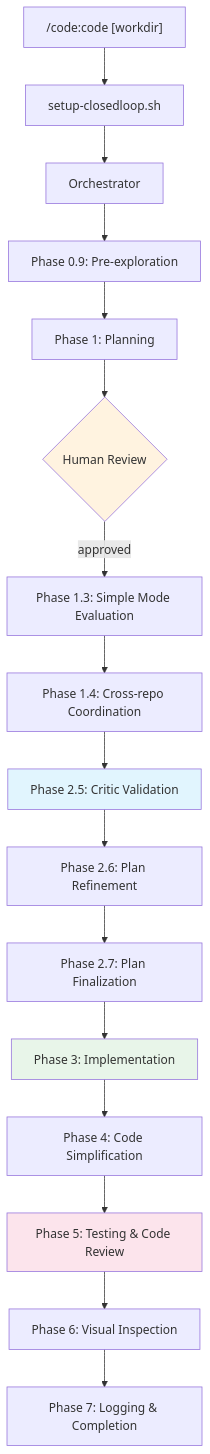
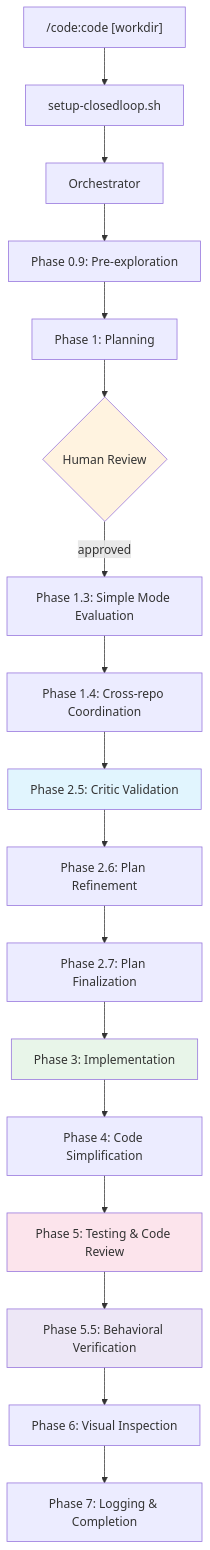
Before and after one commit to closedloop-ai/claude-plugins: the diagram in plugins/code/README.md, drawn with Mermaid. The commit also changed other lines of this file and 24 other files, not shown here.

````diff
--- a/plugins/code/README.md
+++ b/plugins/code/README.md
@@ -24,23 +24,25 @@
 ```mermaid
 graph TD
     User["/code:code [workdir]"] --> Setup["setup-closedloop.sh"]
     Setup --> Orch[Orchestrator]
     Orch --> P09["Phase 0.9: Pre-exploration"]
     P09 --> P1["Phase 1: Planning"]
     P1 --> Review{Human Review}
     Review -->|approved| P13["Phase 1.3: Simple Mode Evaluation"]
     P13 --> P14["Phase 1.4: Cross-repo Coordination"]
     P14 --> P25["Phase 2.5: Critic Validation"]
     P25 --> P26["Phase 2.6: Plan Refinement"]
     P26 --> P27["Phase 2.7: Plan Finalization"]
     P27 --> P3["Phase 3: Implementation"]
     P3 --> P4["Phase 4: Code Simplification"]
     P4 --> P5["Phase 5: Testing & Code Review"]
-    P5 --> P6["Phase 6: Visual Inspection"]
+    P5 --> P55["Phase 5.5: Behavioral Verification"]
+    P55 --> P6["Phase 6: Visual Inspection"]
     P6 --> P7["Phase 7: Logging & Completion"]
 
     style Review fill:#fff3e0
     style P25 fill:#e1f5fe
     style P3 fill:#e8f5e9
     style P5 fill:#fce4ec
+    style P55 fill:#ede7f6
 ```
````
